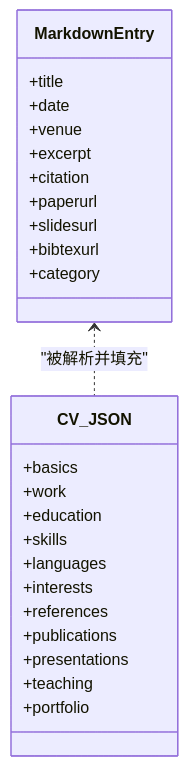
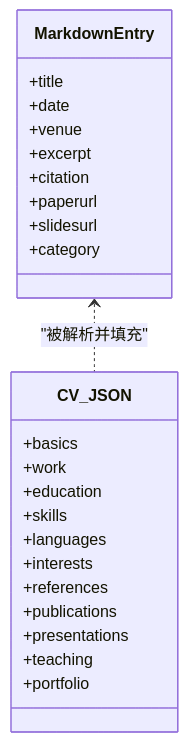
One commit to CoolPig0720/CoolPig0720.github.io changed the fifth of 7 diagrams in .qoder/repowiki/zh/content/内容管理系统/学术论文管理.md. Above: the diagram before and after it, drawn with Mermaid. The commit also changed other lines of this file and 6 other files, not shown here.

````diff
--- a/.qoder/repowiki/zh/content/内容管理系统/学术论文管理.md
+++ b/.qoder/repowiki/zh/content/内容管理系统/学术论文管理.md
@@ -257,28 +215,27 @@
 ```mermaid
 classDiagram
 class MarkdownEntry {
 +title
 +date
 +venue
 +excerpt
 +citation
 +paperurl
 +slidesurl
-+bibtexurl
 +category
 }
 class CV_JSON {
 +basics
 +work
 +education
 +skills
 +languages
 +interests
 +references
 +publications
 +presentations
 +teaching
 +portfolio
 }
 MarkdownEntry <.. CV_JSON : "被解析并填充"
 ```
````
